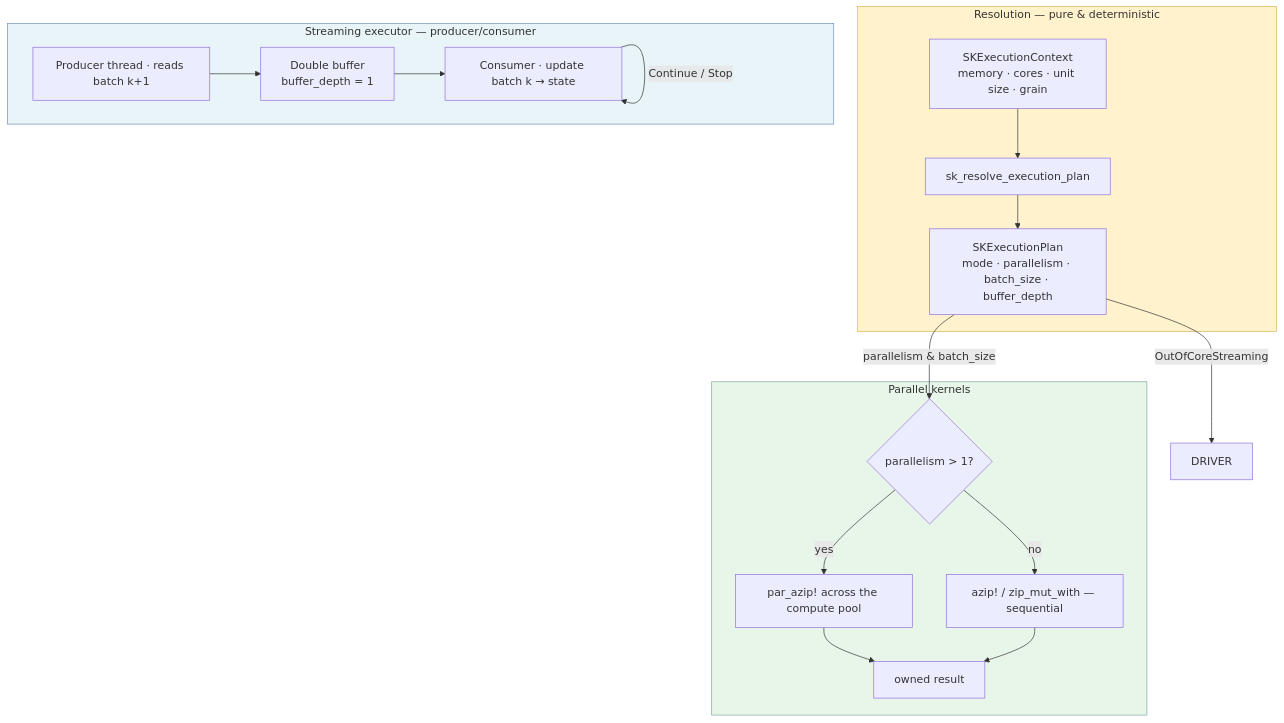
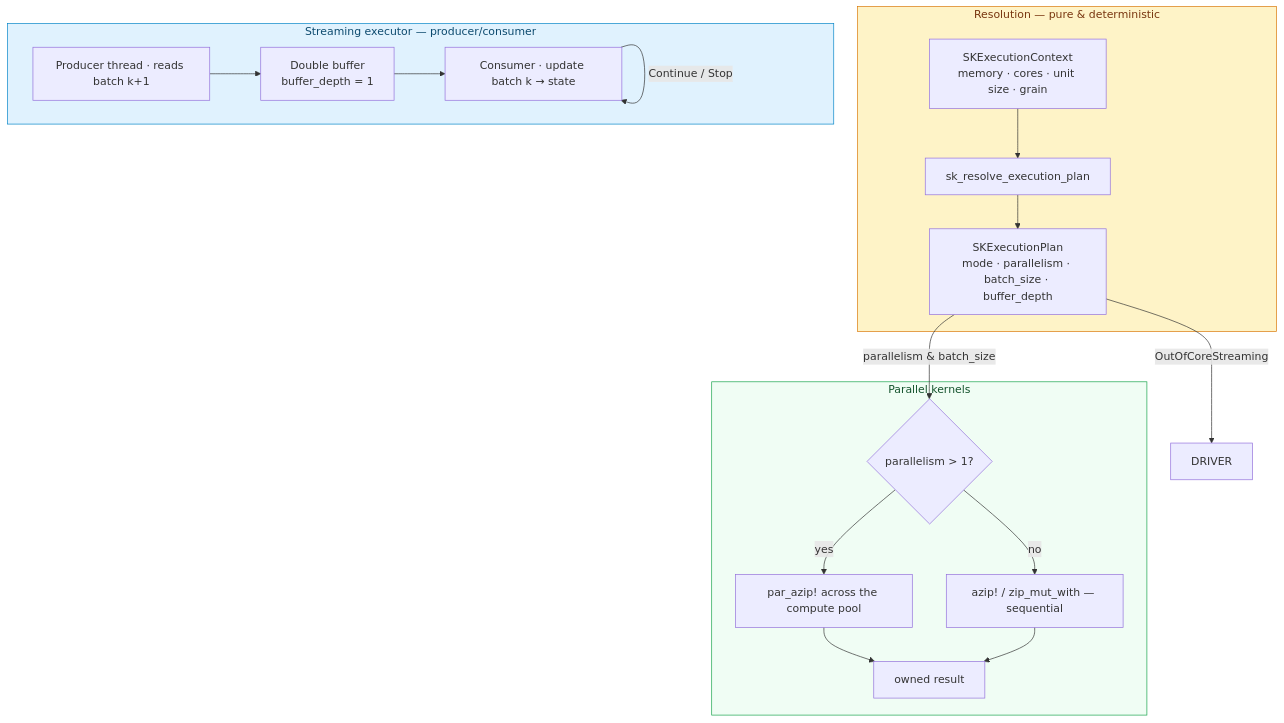
One commit to neurono-ml/sciencekit changed the first of 2 diagrams in docs/src/development-explained/ch07-parallel-kernels-and-streaming.md. Above: the diagram before and after it, drawn with Mermaid. The commit also changed 12 other files, not shown here.

First line of the commit message:
docs: fix book theme UX — typography control, buttons, sidebar, Mermaid contrast

````diff
--- a/docs/src/development-explained/ch07-parallel-kernels-and-streaming.md
+++ b/docs/src/development-explained/ch07-parallel-kernels-and-streaming.md
@@ -412,29 +412,29 @@
 ```mermaid
 flowchart TD
     accTitle: The resolve, parallel kernel and streaming pipeline
     accDescr: Resolution turns an execution context into an execution plan with parallelism and batch size. Kernels branch on parallelism to use a parallel or sequential iterator. A streaming plan hands the parallelism to a double-buffered producer and consumer, so reading and computing overlap.
     subgraph resolve[Resolution — pure & deterministic]
         CTX[SKExecutionContext<br/>memory · cores · unit size · grain] --> RES[sk_resolve_execution_plan]
         RES --> PLAN[SKExecutionPlan<br/>mode · parallelism · batch_size · buffer_depth]
     end
 
     PLAN -->|parallelism & batch_size| KERNEL
     subgraph compute[Parallel kernels]
         KERNEL{parallelism > 1?}
         KERNEL -- yes --> PAR[par_azip! across the compute pool]
         KERNEL -- no --> SEQ[azip! / zip_mut_with — sequential]
         PAR --> OUT[owned result]
         SEQ --> OUT
     end
 
     PLAN -->|OutOfCoreStreaming| DRIVER
     subgraph stream[Streaming executor — producer/consumer]
         PROD[Producer thread · reads batch k+1] --> BUF[Double buffer<br/>buffer_depth = 1]
         BUF --> CON[Consumer · update batch k → state]
         CON -->|Continue / Stop| CON
     end
 
-    style resolve fill:#fff2cc,stroke:#d6b656
-    style compute fill:#e8f5e9,stroke:#7ea6a0
-    style stream fill:#e8f4f8,stroke:#6c8ebf
+    style resolve fill:#fef3c7,stroke:#d97706,color:#78350f
+    style compute fill:#f0fdf4,stroke:#16a34a,color:#14532d
+    style stream fill:#e0f2fe,stroke:#0284c7,color:#0c4a6e
 ```
````
